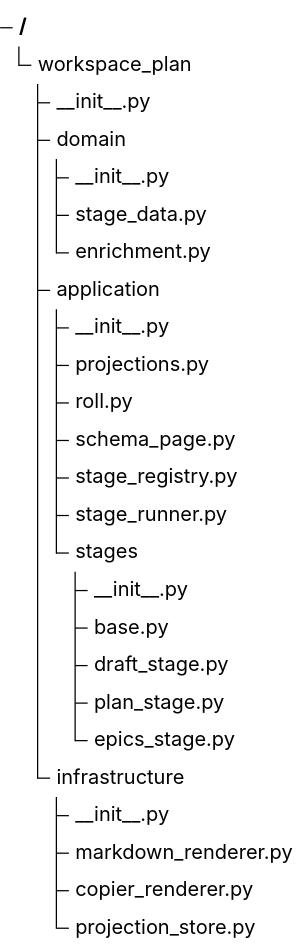
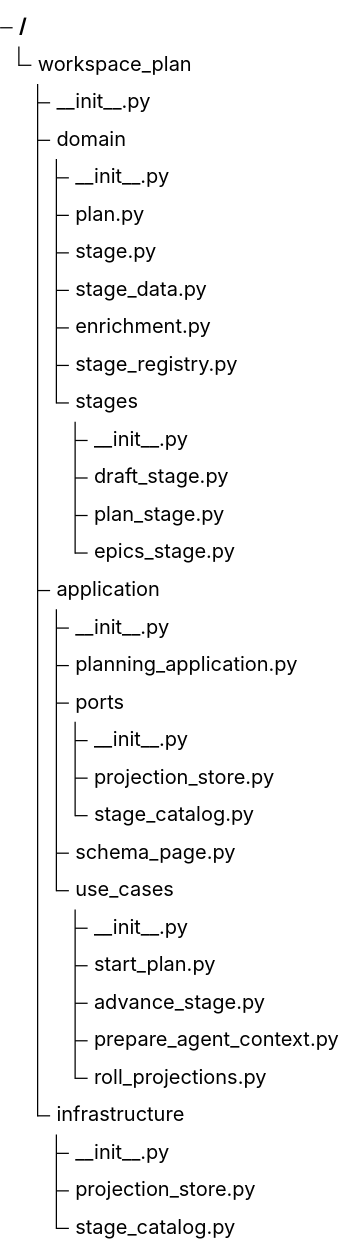
The third of 3 diagrams in .enclosure/plans/planning-workflow/epics/projected-documents/SCHEMAS.md (9orky/enclosure), drawn with Mermaid before and after one commit. The commit also changed other lines of this file and 5 other files, not shown here.

````diff
--- a/.enclosure/plans/planning-workflow/epics/projected-documents/SCHEMAS.md
+++ b/.enclosure/plans/planning-workflow/epics/projected-documents/SCHEMAS.md
@@ -260,29 +375,37 @@
 ```mermaid
 %% contract: files
 %%{init: {"theme": "base", "themeVariables": {"labelColor": "#172033", "lineColor": "#64748b"}}}%%
 treeView-beta
   "workspace_plan"
     "__init__.py"
     "domain"
       "__init__.py"
+      "plan.py"
+      "stage.py"
       "stage_data.py"
       "enrichment.py"
-    "application"
-      "__init__.py"
-      "projections.py"
-      "roll.py"
-      "schema_page.py"
       "stage_registry.py"
-      "stage_runner.py"
       "stages"
         "__init__.py"
-        "base.py"
         "draft_stage.py"
         "plan_stage.py"
         "epics_stage.py"
+    "application"
+      "__init__.py"
+      "planning_application.py"
+      "ports"
+        "__init__.py"
+        "projection_store.py"
+        "stage_catalog.py"
+      "schema_page.py"
+      "use_cases"
+        "__init__.py"
+        "start_plan.py"
+        "advance_stage.py"
+        "prepare_agent_context.py"
+        "roll_projections.py"
     "infrastructure"
       "__init__.py"
-      "markdown_renderer.py"
-      "copier_renderer.py"
       "projection_store.py"
+      "stage_catalog.py"
 ```
````
